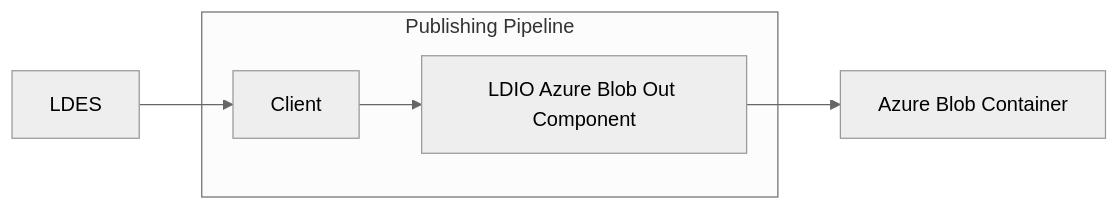
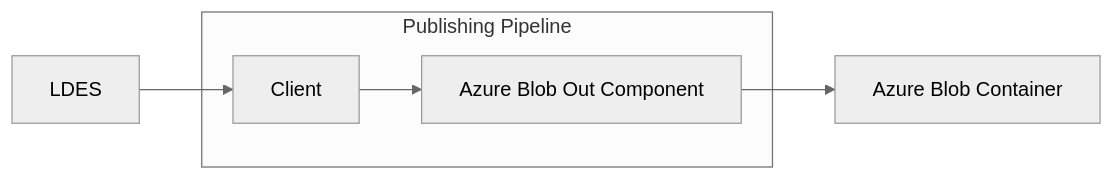
One commit to Informatievlaanderen/VSDS-Tech-documentation changed the diagram in docs/_consumer/outputs/azure-blob-out.md. Above: the diagram before and after it, drawn with Mermaid (neutral theme). The commit also changed other lines of this file and 32 other files, not shown here.

````diff
--- a/docs/_consumer/outputs/azure-blob-out.md
+++ b/docs/_consumer/outputs/azure-blob-out.md
@@ -19,11 +19,11 @@
 ```mermaid
 graph LR
     LDES --> C[Client]
-    C --> H[LDIO Azure Blob Out Component]
+    C --> H[Azure Blob Out Component]
     H --> S[Azure Blob Container]
 
     subgraph Publishing Pipeline
     C
     H
     end
 ```
````
